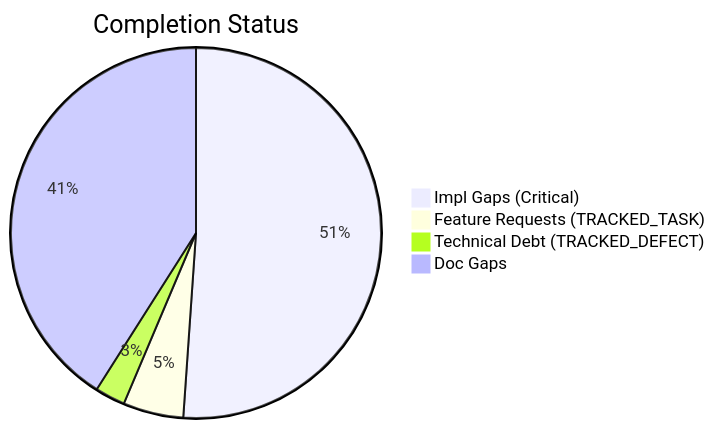
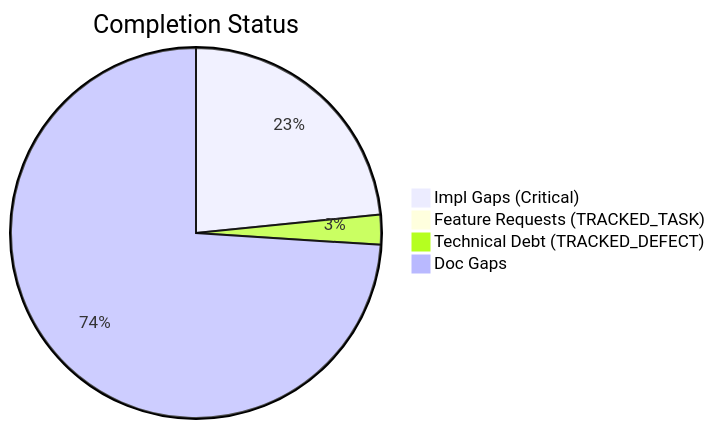
Before and after one commit to D-sorganization/UpstreamDrift: the first of 2 diagrams in docs/assessments/completist/COMPLETIST_LATEST.md, drawn with Mermaid. The commit also changed other lines of this file and 1561 other files, not shown here.

````diff
--- a/docs/assessments/completist/COMPLETIST_LATEST.md
+++ b/docs/assessments/completist/COMPLETIST_LATEST.md
@@ -14,7 +14,7 @@
 ```mermaid
 pie title Completion Status
-    "Impl Gaps (Critical)" : 349
-    "Feature Requests (TRACKED_TASK)" : 36
-    "Technical Debt (TRACKED_DEFECT)" : 18
-    "Doc Gaps" : 280
+    "Impl Gaps (Critical)" : 242
+    "Feature Requests (TRACKED_TASK)" : 2
+    "Technical Debt (TRACKED_DEFECT)" : 27
+    "Doc Gaps" : 765
 ```
````
